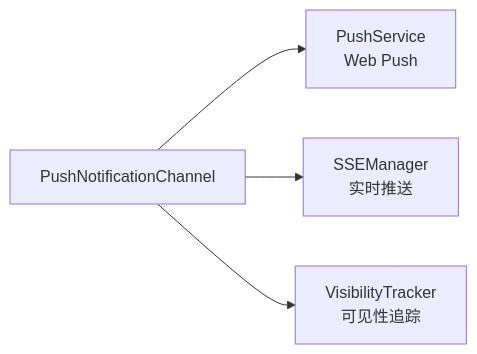
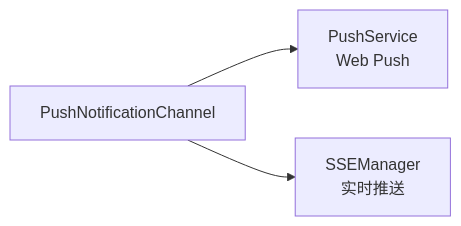
One commit to ModuBit/mobi changed the first of 4 diagrams in docs/architecture/hub/push/notification-channel.md. Above: the diagram before and after it, drawn with Mermaid. The commit also changed other lines of this file and 6 other files, not shown here.

````diff
--- a/docs/architecture/hub/push/notification-channel.md
+++ b/docs/architecture/hub/push/notification-channel.md
@@ -9,7 +9,6 @@
 ```mermaid
 flowchart LR
     PNC[PushNotificationChannel]
     PNC --> PS[PushService<br/>Web Push]
     PNC --> SSE[SSEManager<br/>实时推送]
-    PNC --> VT[VisibilityTracker<br/>可见性追踪]
 ```
````
